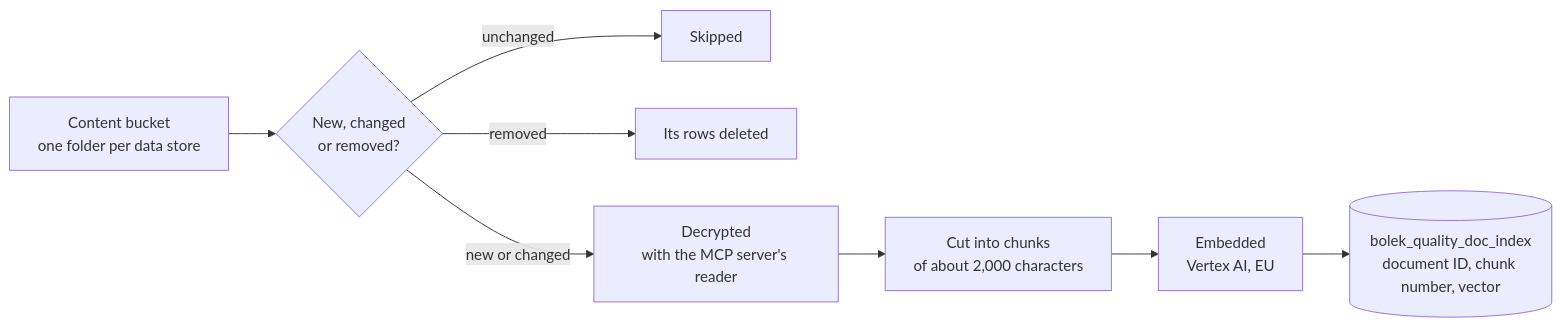
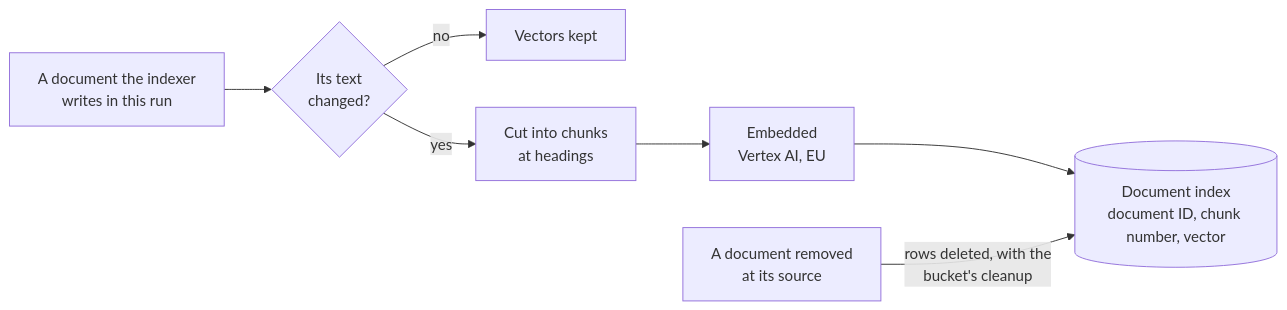
One commit to pborkowski-rtbh/conversation-analyzer changed diagram 16 of 21 in design-doc.md. Above: the diagram before and after it, drawn with Mermaid. The commit also changed other lines of this file, not shown here.

````diff
--- a/design-doc.md
+++ b/design-doc.md
@@ -1349,10 +1371,9 @@
 ```mermaid
 flowchart LR
-    A["Content bucket<br/>one folder per data store"] --> B{"New, changed<br/>or removed?"}
-    B -->|"unchanged"| Z["Skipped"]
-    B -->|"removed"| R["Its rows deleted"]
-    B -->|"new or changed"| C["Decrypted<br/>with the MCP server's reader"]
-    C --> D["Cut into chunks<br/>of about 2,000 characters"]
-    D --> E["Embedded<br/>Vertex AI, EU"]
-    E --> F[("bolek_quality_doc_index<br/>document ID, chunk number, vector")]
+    A["A document the indexer<br/>writes in this run"] --> B{"Its text<br/>changed?"}
+    B -->|"no"| Z["Vectors kept"]
+    B -->|"yes"| C["Cut into chunks<br/>at headings"]
+    C --> D["Embedded<br/>Vertex AI, EU"]
+    D --> E[("Document index<br/>document ID, chunk number, vector")]
+    R["A document removed<br/>at its source"] -->|"rows deleted, with the<br/>bucket's cleanup"| E
 ```
````
